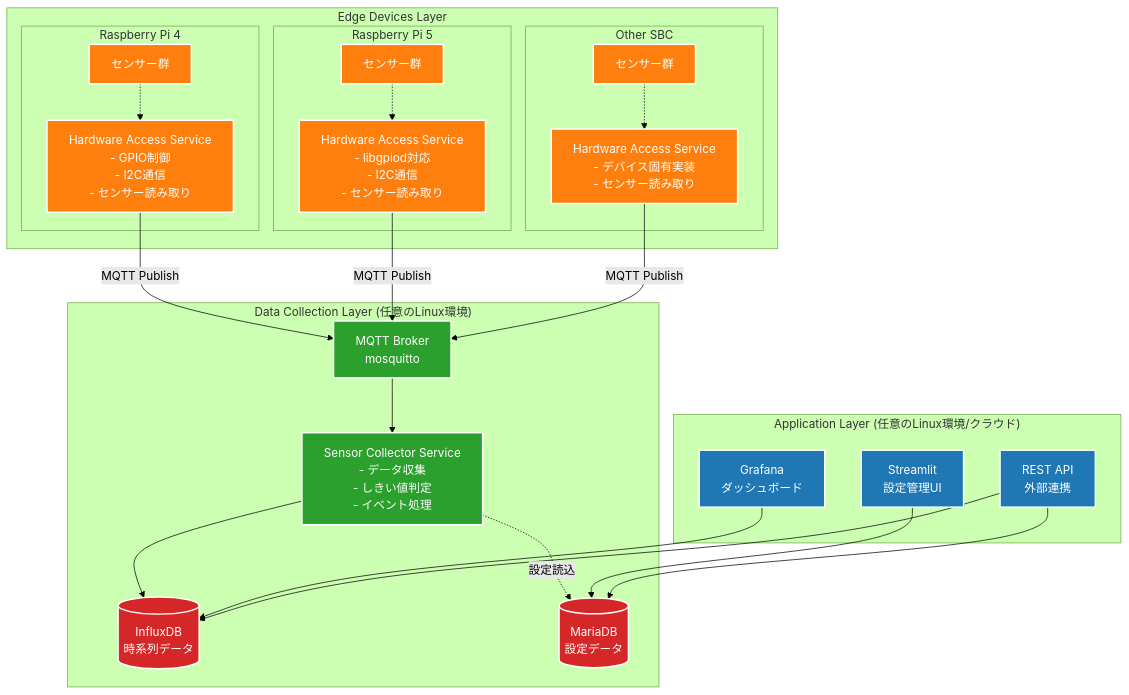
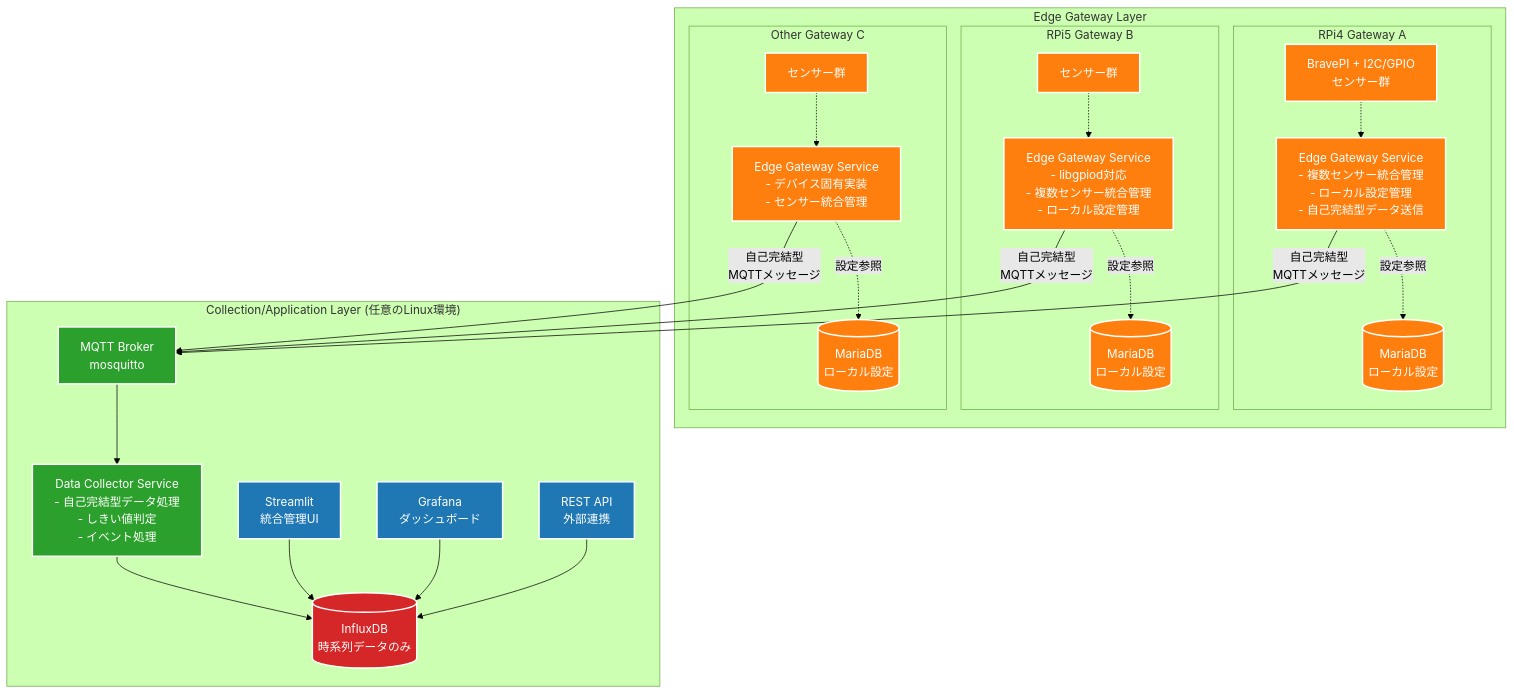
One commit to w-pinkietech/iot4-copy changed the first of 3 diagrams in docs/architecture/sensor-collection-architecture.md. Above: the diagram before and after it, drawn with Mermaid (forest theme). The commit also changed other lines of this file, not shown here.

First line of the commit message:
docs: Update to edge gateway architecture with self-contained MQTT messages

````diff
--- a/docs/architecture/sensor-collection-architecture.md
+++ b/docs/architecture/sensor-collection-architecture.md
@@ -27,64 +27,66 @@
 ```mermaid
 graph TB
-    subgraph "Edge Devices Layer"
-        subgraph "Raspberry Pi 4"
-            RPi4HAL[Hardware Access Service<br/>- GPIO制御<br/>- I2C通信<br/>- センサー読み取り]
-            RPi4Sensors[センサー群]
+    subgraph "Edge Gateway Layer"
+        subgraph "RPi4 Gateway A"
+            RPi4HAL[Edge Gateway Service<br/>- 複数センサー統合管理<br/>- ローカル設定管理<br/>- 自己完結型データ送信]
+            RPi4DB[(MariaDB<br/>ローカル設定)]
+            RPi4Sensors[BravePI + I2C/GPIO<br/>センサー群]
         end
         
-        subgraph "Raspberry Pi 5"
-            RPi5HAL[Hardware Access Service<br/>- libgpiod対応<br/>- I2C通信<br/>- センサー読み取り]
+        subgraph "RPi5 Gateway B"
+            RPi5HAL[Edge Gateway Service<br/>- libgpiod対応<br/>- 複数センサー統合管理<br/>- ローカル設定管理]
+            RPi5DB[(MariaDB<br/>ローカル設定)]
             RPi5Sensors[センサー群]
         end
         
-        subgraph "Other SBC"
-            OtherHAL[Hardware Access Service<br/>- デバイス固有実装<br/>- センサー読み取り]
+        subgraph "Other Gateway C"
+            OtherHAL[Edge Gateway Service<br/>- デバイス固有実装<br/>- センサー統合管理]
+            OtherDB[(MariaDB<br/>ローカル設定)]
             OtherSensors[センサー群]
         end
     end
     
-    subgraph "Data Collection Layer (任意のLinux環境)"
+    subgraph "Collection/Application Layer (任意のLinux環境)"
         MQTT[MQTT Broker<br/>mosquitto]
-        Collector[Sensor Collector Service<br/>- データ収集<br/>- しきい値判定<br/>- イベント処理]
-        InfluxDB[(InfluxDB<br/>時系列データ)]
-        MariaDB[(MariaDB<br/>設定データ)]
-    end
-    
-    subgraph "Application Layer (任意のLinux環境/クラウド)"
-        Streamlit[Streamlit<br/>設定管理UI]
+        Collector[Data Collector Service<br/>- 自己完結型データ処理<br/>- しきい値判定<br/>- イベント処理]
+        InfluxDB[(InfluxDB<br/>時系列データのみ)]
+        Streamlit[Streamlit<br/>統合管理UI]
         Grafana[Grafana<br/>ダッシュボード]
         API[REST API<br/>外部連携]
     end
     
+    %% Edge Gateway internal connections
+    RPi4Sensors -.-> RPi4HAL
+    RPi4HAL -.->|設定参照| RPi4DB
+    
+    RPi5Sensors -.-> RPi5HAL
+    RPi5HAL -.->|設定参照| RPi5DB
+    
+    OtherSensors -.-> OtherHAL
+    OtherHAL -.->|設定参照| OtherDB
+    
     %% Edge to Collection connections
-    RPi4HAL -->|MQTT Publish| MQTT
-    RPi5HAL -->|MQTT Publish| MQTT
-    OtherHAL -->|MQTT Publish| MQTT
+    RPi4HAL -->|自己完結型<br/>MQTTメッセージ| MQTT
+    RPi5HAL -->|自己完結型<br/>MQTTメッセージ| MQTT
+    OtherHAL -->|自己完結型<br/>MQTTメッセージ| MQTT
     
     %% Collection Layer connections
     MQTT --> Collector
     Collector --> InfluxDB
-    Collector -.->|設定読込| MariaDB
     
     %% Application Layer connections
-    Streamlit --> MariaDB
+    Streamlit --> InfluxDB
     Grafana --> InfluxDB
     API --> InfluxDB
-    API --> MariaDB
-    
-    %% Hardware connections
-    RPi4Sensors -.-> RPi4HAL
-    RPi5Sensors -.-> RPi5HAL
-    OtherSensors -.-> OtherHAL
     
     %% Styling
     classDef edge fill:#ff7f0e,stroke:#fff,stroke-width:2px,color:#fff
     classDef collection fill:#2ca02c,stroke:#fff,stroke-width:2px,color:#fff
     classDef application fill:#1f77b4,stroke:#fff,stroke-width:2px,color:#fff
     classDef storage fill:#d62728,stroke:#fff,stroke-width:2px,color:#fff
     
-    class RPi4HAL,RPi5HAL,OtherHAL,RPi4Sensors,RPi5Sensors,OtherSensors edge
+    class RPi4HAL,RPi5HAL,OtherHAL,RPi4Sensors,RPi5Sensors,OtherSensors,RPi4DB,RPi5DB,OtherDB edge
     class MQTT,Collector collection
     class Streamlit,Grafana,API application
-    class InfluxDB,MariaDB storage
+    class InfluxDB storage
 ```
````
